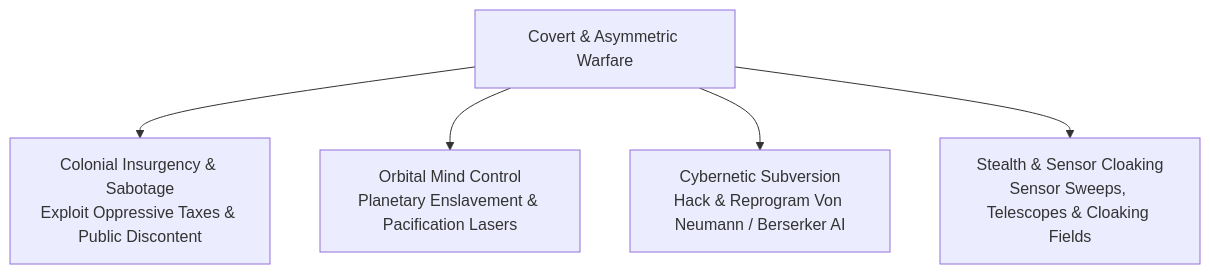
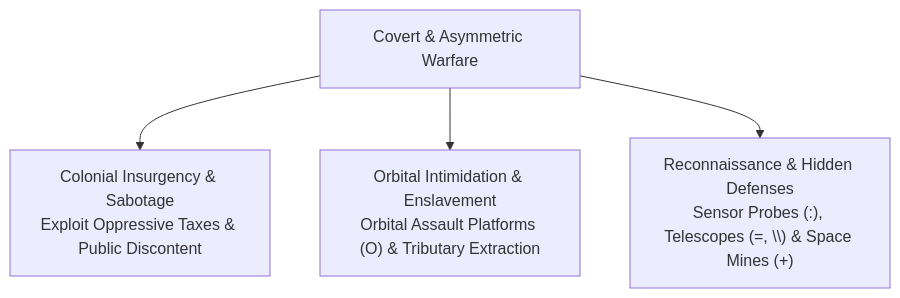
Before and after one commit to kaladron/galactic-bloodshed: the first of 3 diagrams in docs/covert_ops.md, drawn with Mermaid. The commit also changed other lines of this file and 6 other files, not shown here.

````diff
--- a/docs/covert_ops.md
+++ b/docs/covert_ops.md
@@ -7,7 +7,6 @@
 ```mermaid
 flowchart TD
     Covert["Covert & Asymmetric Warfare"] --> Insurgency["Colonial Insurgency & Sabotage\nExploit Oppressive Taxes & Public Discontent"]
-    Covert --> Psychic["Orbital Mind Control\nPlanetary Enslavement & Pacification Lasers"]
-    Covert --> Cyber["Cybernetic Subversion\nHack & Reprogram Von Neumann / Berserker AI"]
-    Covert --> Recon["Stealth & Sensor Cloaking\nSensor Sweeps, Telescopes & Cloaking Fields"]
+    Covert --> Coercion["Orbital Intimidation & Enslavement\nOrbital Assault Platforms (O) & Tributary Extraction"]
+    Covert --> Recon["Reconnaissance & Hidden Defenses\nSensor Probes (:), Telescopes (=, \\) & Space Mines (+)"]
 ```
````
